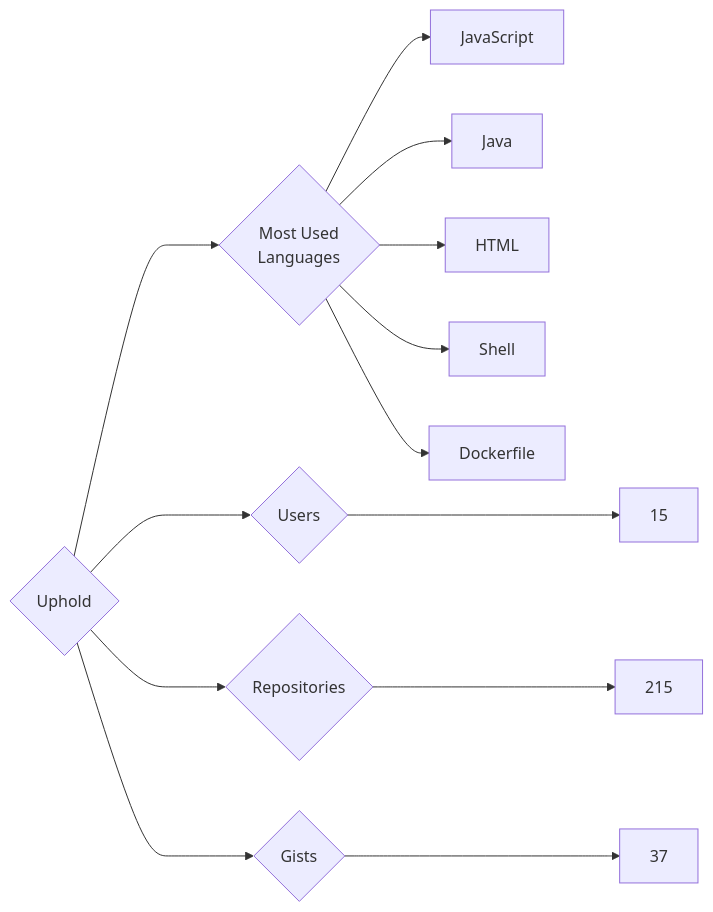
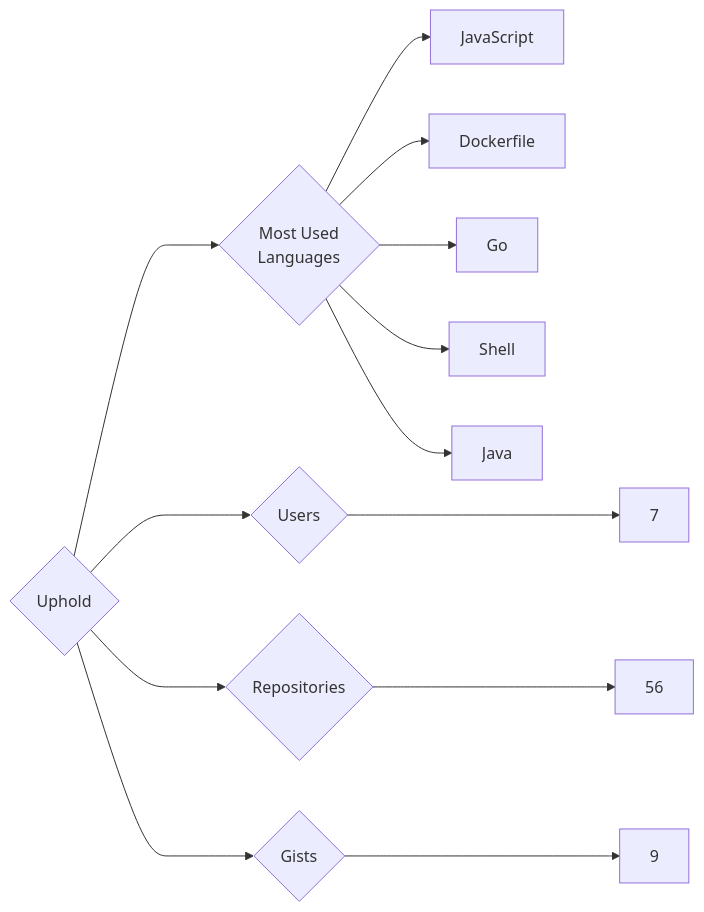
The diagram in targets/Uphold/README.md (trickest/insiders), drawn with Mermaid before and after one commit. The commit also changed 1496 other files, not shown here.

````diff
--- a/targets/Uphold/README.md
+++ b/targets/Uphold/README.md
@@ -3,13 +3,13 @@
 ```mermaid
 graph LR
 COMPANY_NAME{Uphold}
-COMPANY_NAME ---> U{Users} ---> UN[15]
-COMPANY_NAME ---> R{Repositories} ---> RN[215]
-COMPANY_NAME ---> G{Gists} ---> GN[37]
+COMPANY_NAME ---> U{Users} ---> UN[7]
+COMPANY_NAME ---> R{Repositories} ---> RN[56]
+COMPANY_NAME ---> G{Gists} ---> GN[9]
 COMPANY_NAME ---> ML{Most Used<br>Languages}
 ML --> JavaScript[JavaScript]
+ML --> Dockerfile[Dockerfile]
+ML --> Go[Go]
+ML --> Shell[Shell]
 ML --> Java[Java]
-ML --> HTML[HTML]
-ML --> Shell[Shell]
-ML --> Dockerfile[Dockerfile]
 ```
````
